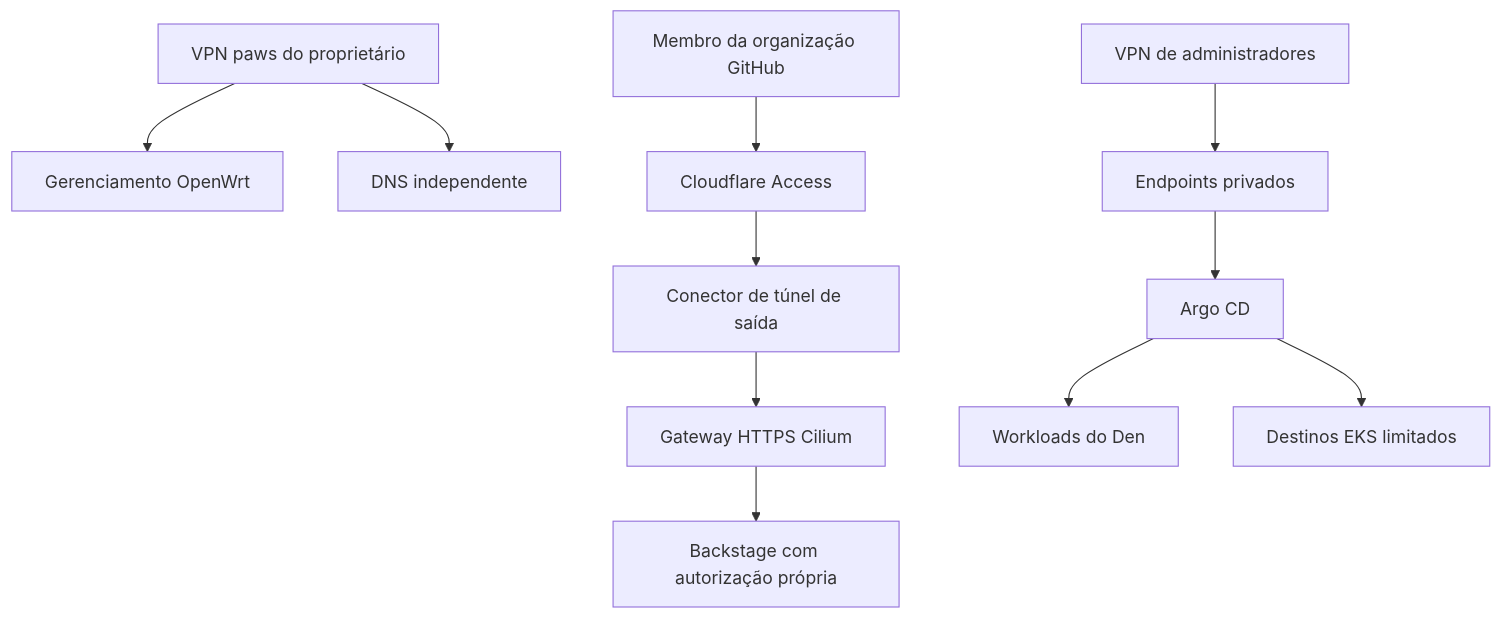
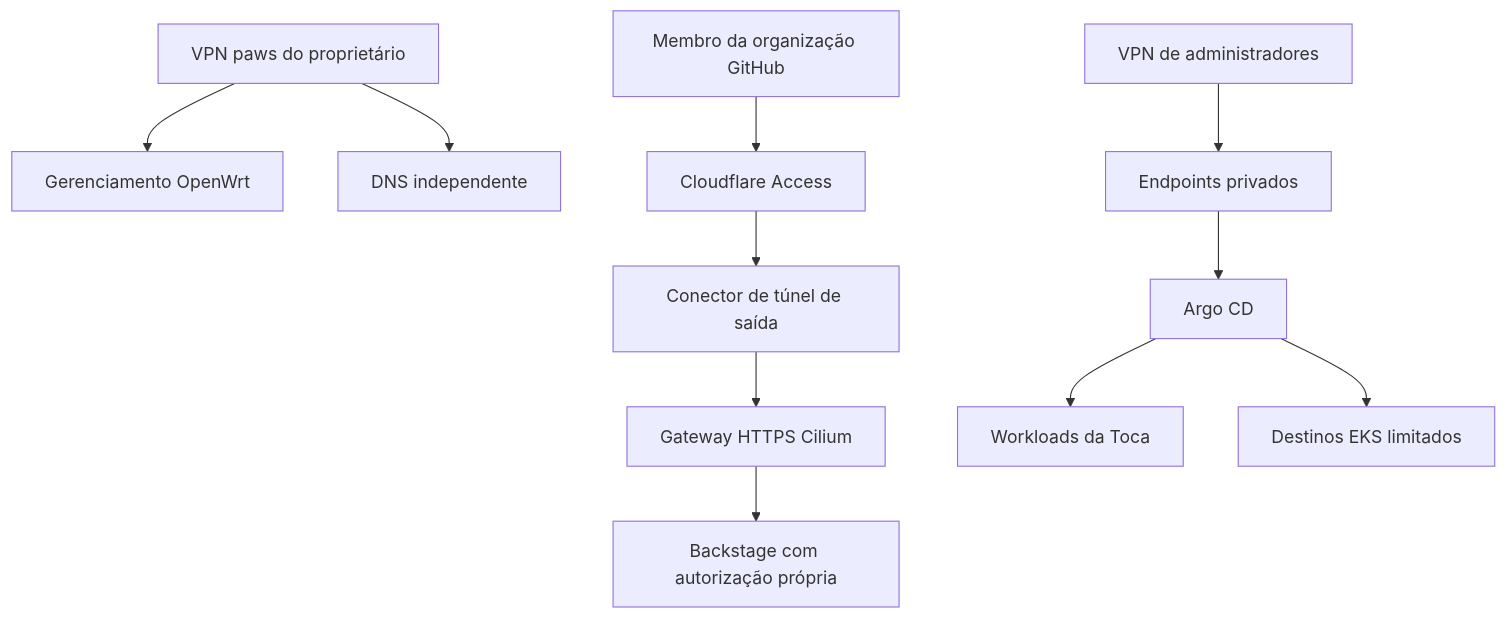
One commit to mr-foxxo/forest-reforge changed the first of 3 diagrams in docs/pt-BR/assets/architecture.md. Above: the diagram before and after it, drawn with Mermaid. The commit also changed other lines of this file and 35 other files, not shown here.

````diff
--- a/docs/pt-BR/assets/architecture.md
+++ b/docs/pt-BR/assets/architecture.md
@@ -9,13 +9,13 @@
 ```mermaid
 flowchart TD
   Paws["VPN paws do proprietário"] --> Router["Gerenciamento OpenWrt"]
   Paws --> DNS["DNS independente"]
   Admin["VPN de administradores"] --> Private["Endpoints privados"]
   Human["Membro da organização GitHub"] --> Access["Cloudflare Access"]
   Access --> Tunnel["Conector de túnel de saída"]
   Tunnel --> Gateway["Gateway HTTPS Cilium"]
   Gateway --> Backstage["Backstage com autorização própria"]
   Private --> Argo["Argo CD"]
-  Argo --> Den["Workloads do Den"]
+  Argo --> Den["Workloads da Toca"]
   Argo --> EKS["Destinos EKS limitados"]
 ```
````
